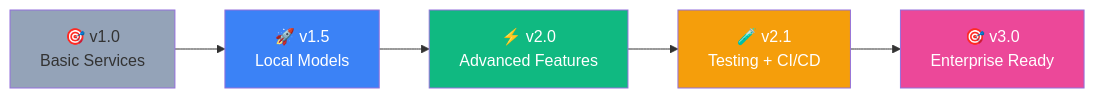
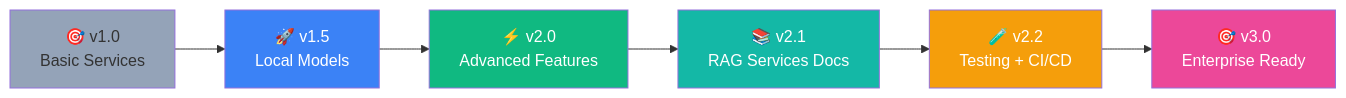
One commit to SkastVnT/AI-Assistant changed diagram 18 of 18 in README.md. Above: the diagram before and after it, drawn with Mermaid. The commit also changed other lines of this file, not shown here.

First line of the commit message:
docs: update README with RAG Services v1.0 documentation completion

````diff
--- a/README.md
+++ b/README.md
@@ -2138,13 +1941,15 @@
 ```mermaid
 graph LR
     A[🎯 v1.0<br/>Basic Services] --> B[🚀 v1.5<br/>Local Models]
     B --> C[⚡ v2.0<br/>Advanced Features]
-    C --> D[🧪 v2.1<br/>Testing + CI/CD]
-    D --> E[🎯 v3.0<br/>Enterprise Ready]
+    C --> D[📚 v2.1<br/>RAG Services Docs]
+    D --> E[🧪 v2.2<br/>Testing + CI/CD]
+    E --> F[🎯 v3.0<br/>Enterprise Ready]
     
     style A fill:#94A3B8
     style B fill:#3B82F6,color:#fff
     style C fill:#10B981,color:#fff
-    style D fill:#F59E0B,color:#fff
-    style E fill:#EC4899,color:#fff
+    style D fill:#14B8A6,color:#fff
+    style E fill:#F59E0B,color:#fff
+    style F fill:#EC4899,color:#fff
 ```
````
